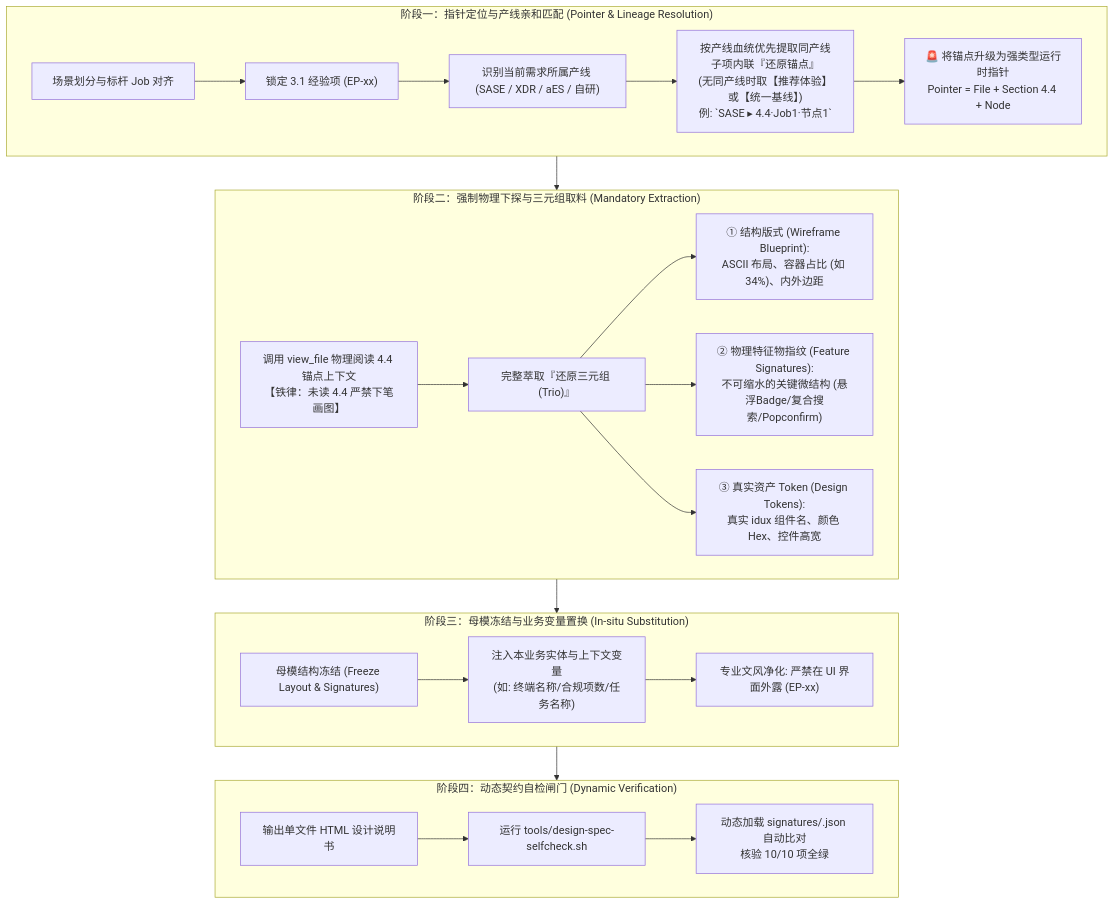
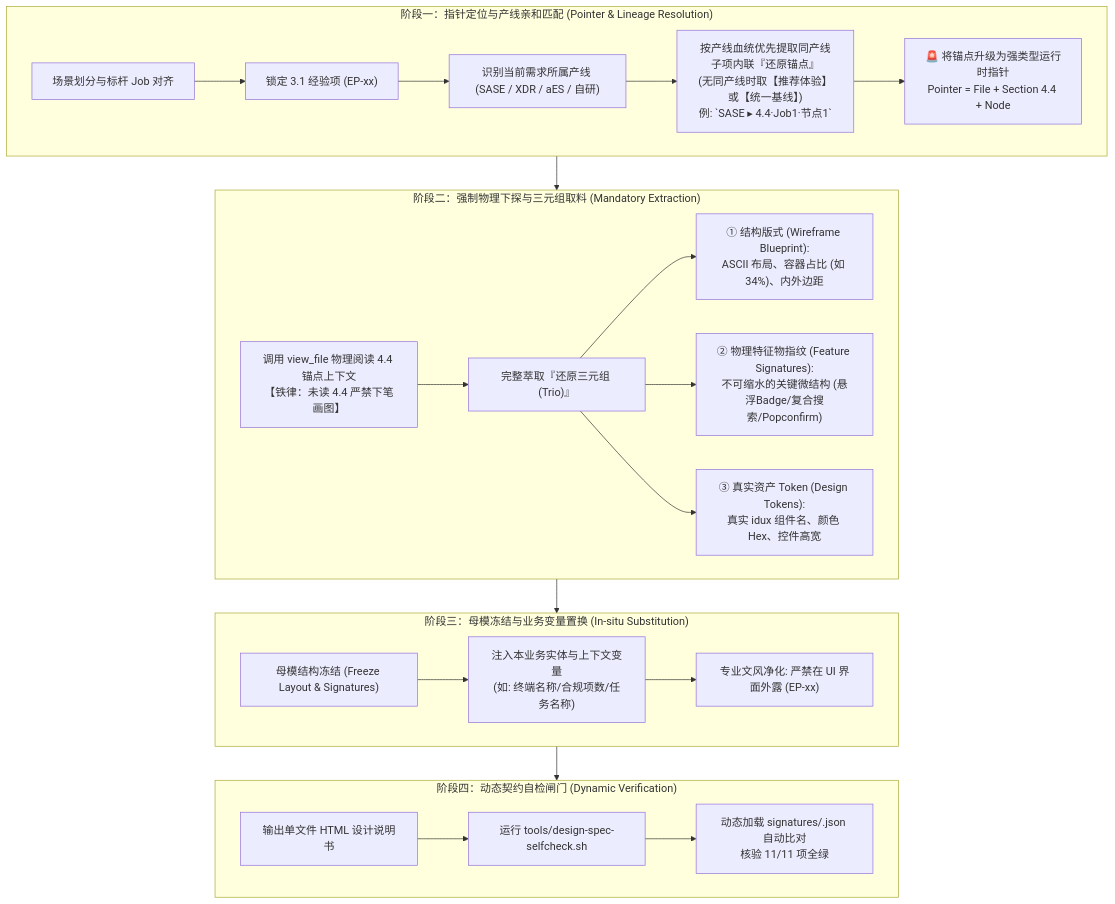
Before and after one commit to wangjue2026/skill-designer-prism: the second of 3 diagrams in 04-workflows-and-cases/execution-sop.md, drawn with Mermaid. The commit also changed other lines of this file and 37 other files, not shown here.

First line of the commit message:
docs(design-flow): 收敛 1.1/1.2 指南，新增 1.3/1.4 并同步说明书模板与样例

````diff
--- a/04-workflows-and-cases/execution-sop.md
+++ b/04-workflows-and-cases/execution-sop.md
@@ -146,28 +195,28 @@
 ```mermaid
 graph TD
     subgraph Phase1["阶段一：指针定位与产线亲和匹配 (Pointer & Lineage Resolution)"]
         P1["场景划分与标杆 Job 对齐"] --> P2["锁定 3.1 经验项 (EP-xx)"]
         P2 --> P3["识别当前需求所属产线 (SASE / XDR / aES / 自研)"]
         P3 --> P4["按产线血统优先提取同产线子项内联『还原锚点』<br>(无同产线时取【推荐体验】或【统一基线】)<br>例: `SASE ▸ 4.4·Job1·节点1`"]
         P4 --> P5["🚨 将锚点升级为强类型运行时指针<br>Pointer = File + Section 4.4 + Node"]
     end
 
     subgraph Phase2["阶段二：强制物理下探与三元组取料 (Mandatory Extraction)"]
         E1["调用 view_file 物理阅读 4.4 锚点上下文<br>【铁律：未读 4.4 严禁下笔画图】"] --> E2["完整萃取『还原三元组 (Trio)』"]
         E2 --> E3["① 结构版式 (Wireframe Blueprint):<br>ASCII 布局、容器占比 (如 34%)、内外边距"]
         E2 --> E4["② 物理特征物指纹 (Feature Signatures):<br>不可缩水的关键微结构 (悬浮Badge/复合搜索/Popconfirm)"]
         E2 --> E5["③ 真实资产 Token (Design Tokens):<br>真实 idux 组件名、颜色 Hex、控件高宽"]
     end
 
     subgraph Phase3["阶段三：母模冻结与业务变量置换 (In-situ Substitution)"]
         S1["母模结构冻结 (Freeze Layout & Signatures)"] --> S2["注入本业务实体与上下文变量<br>(如: 终端名称/合规项数/任务名称)"]
         S2 --> S3["专业文风净化: 严禁在 UI 界面外露 (EP-xx)"]
     end
 
     subgraph Phase4["阶段四：动态契约自检闸门 (Dynamic Verification)"]
         V1["输出单文件 HTML 设计说明书"] --> V2["运行 tools/design-spec-selfcheck.sh"]
-        V2 --> V3["动态加载 signatures/<Type-xx>.json 自动比对<br>核验 10/10 项全绿"]
+        V2 --> V3["动态加载 signatures/<Type-xx>.json 自动比对<br>核验 11/11 项全绿"]
     end
 
     Phase1 --> Phase2 --> Phase3 --> Phase4
 ```
````
